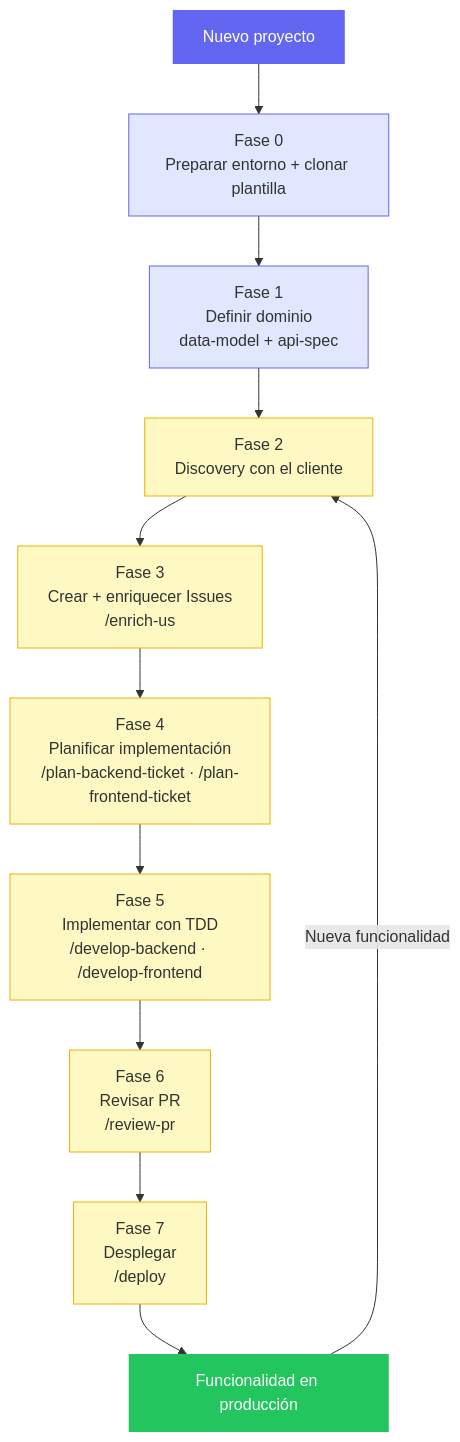
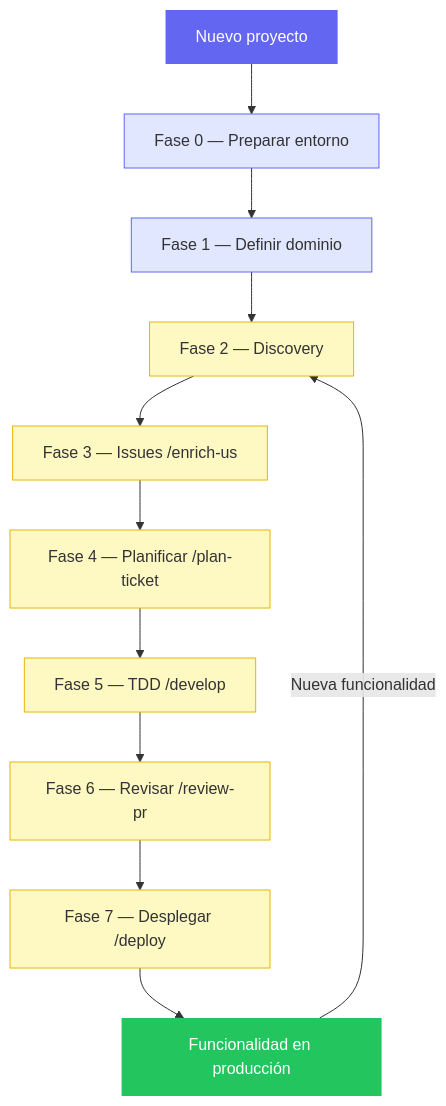
One commit to dbetancorfp/ia-proyecto-base changed the diagram in docs/guide/new-project.md. Above: the diagram before and after it, drawn with Mermaid.

Commit message:
docs(guide): shorten Mermaid node labels to prevent text clipping

````diff
--- a/docs/guide/new-project.md
+++ b/docs/guide/new-project.md
@@ -193,28 +193,28 @@
 ```mermaid
 flowchart TD
     START["Nuevo proyecto"] --> F0
 
-    F0["Fase 0\nPreparar entorno + clonar plantilla"]
-    F1["Fase 1\nDefinir dominio\ndata-model + api-spec"]
-    F2["Fase 2\nDiscovery con el cliente"]
-    F3["Fase 3\nCrear + enriquecer Issues\n/enrich-us"]
-    F4["Fase 4\nPlanificar implementación\n/plan-backend-ticket · /plan-frontend-ticket"]
-    F5["Fase 5\nImplementar con TDD\n/develop-backend · /develop-frontend"]
-    F6["Fase 6\nRevisar PR\n/review-pr"]
-    F7["Fase 7\nDesplegar\n/deploy"]
+    F0["Fase 0 — Preparar entorno"]
+    F1["Fase 1 — Definir dominio"]
+    F2["Fase 2 — Discovery"]
+    F3["Fase 3 — Issues /enrich-us"]
+    F4["Fase 4 — Planificar /plan-ticket"]
+    F5["Fase 5 — TDD /develop"]
+    F6["Fase 6 — Revisar /review-pr"]
+    F7["Fase 7 — Desplegar /deploy"]
     PROD["Funcionalidad en producción"]
 
     F0 --> F1 --> F2 --> F3 --> F4 --> F5 --> F6 --> F7 --> PROD
     PROD -->|"Nueva funcionalidad"| F2
 
     style START fill:#6366f1,color:#fff,stroke:none
     style PROD fill:#22c55e,color:#fff,stroke:none
     style F0 fill:#e0e7ff,stroke:#6366f1
     style F1 fill:#e0e7ff,stroke:#6366f1
     style F2 fill:#fef9c3,stroke:#eab308
     style F3 fill:#fef9c3,stroke:#eab308
     style F4 fill:#fef9c3,stroke:#eab308
     style F5 fill:#fef9c3,stroke:#eab308
     style F6 fill:#fef9c3,stroke:#eab308
     style F7 fill:#fef9c3,stroke:#eab308
 ```
````
